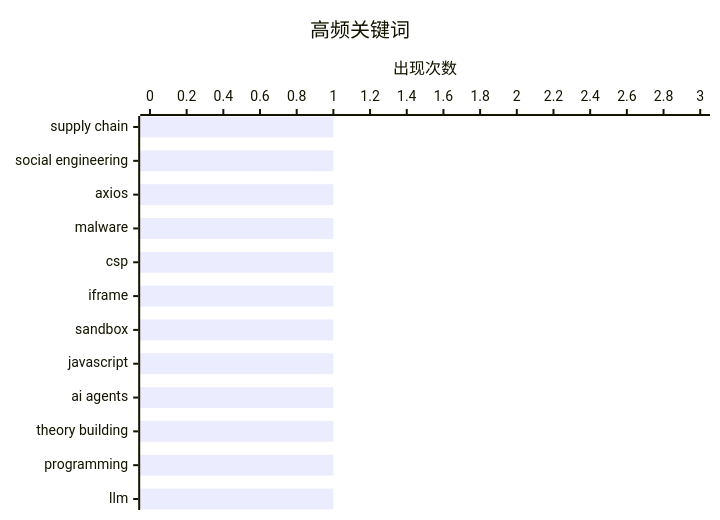
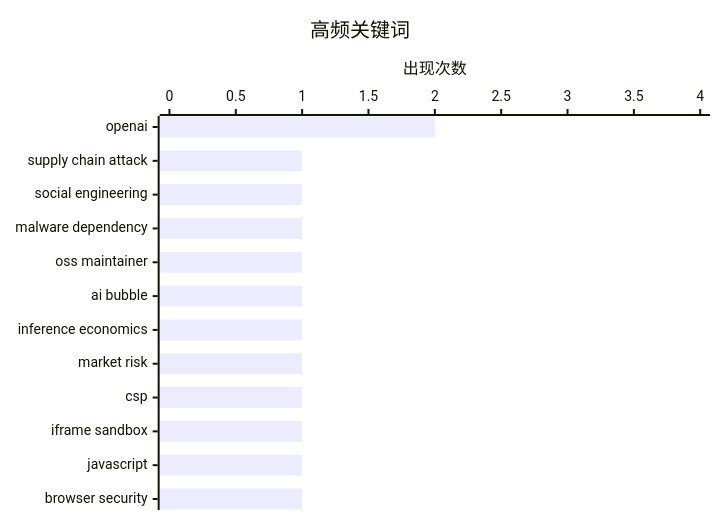
One commit to originem0/SZBlog changed the second of 2 diagrams in content/ai-daily/2026-04-04.md. Above: the diagram before and after it, drawn with Mermaid. The commit also changed other lines of this file, not shown here.

````diff
--- a/content/ai-daily/2026-04-04.md
+++ b/content/ai-daily/2026-04-04.md
@@ -71,7 +71,7 @@
 ```mermaid
 xychart-beta horizontal
     title "高频关键词"
-    x-axis ["supply chain", "social engineering", "axios", "malware", "csp", "iframe", "sandbox", "javascript", "ai agents", "theory building", "programming", "llm"]
-    y-axis "出现次数" 0 --> 3
-    bar [1, 1, 1, 1, 1, 1, 1, 1, 1, 1, 1, 1]
+    x-axis ["openai", "supply chain attack", "social engineering", "malware dependency", "oss maintainer", "ai bubble", "inference economics", "market risk", "csp", "iframe sandbox", "javascript", "browser security"]
+    y-axis "出现次数" 0 --> 4
+    bar [2, 1, 1, 1, 1, 1, 1, 1, 1, 1, 1, 1]
 ```
````
